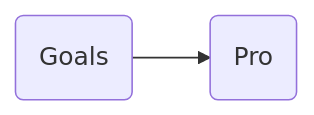
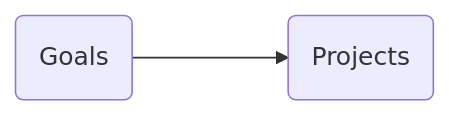
The diagram in all/未命名-2.md (JerryOh/iodraw-files), drawn with Mermaid before and after one commit.

Commit message:
2024-06-06 23:53:52 update

````diff
--- a/all/未命名-2.md
+++ b/all/未命名-2.md
@@ -1,4 +1,4 @@
 ```mermaid
 flowchart LR
-G(Goals) --> P(Pro)
+G(Goals) ---> P(Projects)
 ```
````
